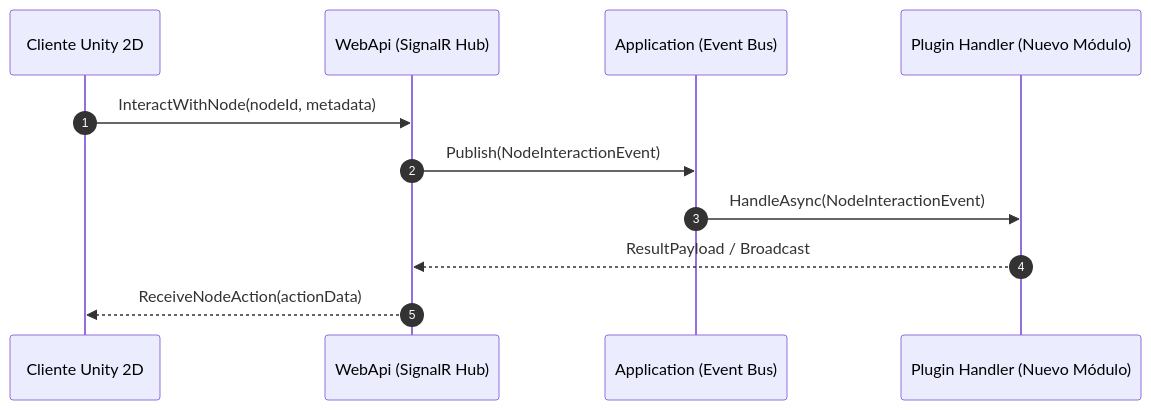
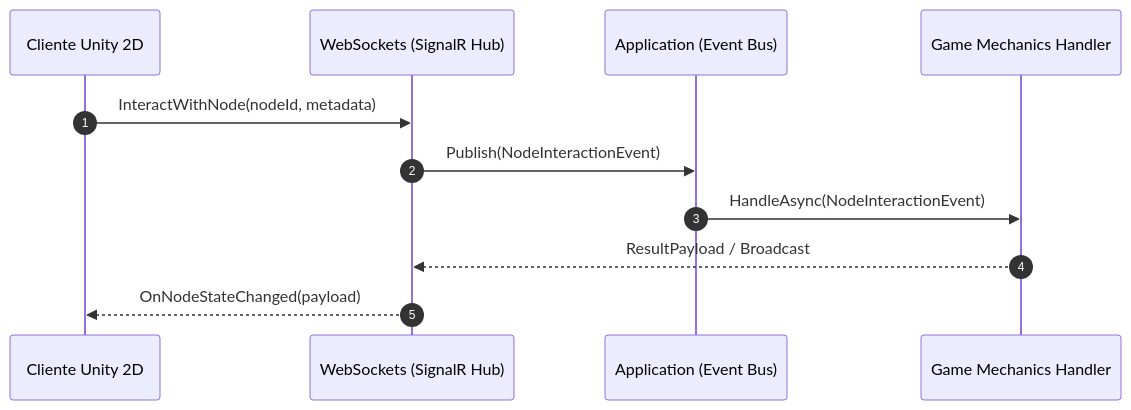
One commit to FranTdev/Unity2DBackend changed the second of 2 diagrams in README.md. Above: the diagram before and after it, drawn with Mermaid. The commit also changed other lines of this file and 2 other files, not shown here.

Commit message:
refactor: generalize template for any Unity 2D multiplayer backend project

````diff
--- a/README.md
+++ b/README.md
@@ -227,14 +200,14 @@
 ```mermaid
 sequenceDiagram
     autonumber
-    participant Client as Cliente Unity 2D
-    participant WebApi as WebApi (SignalR Hub)
+    participant UnityClient as Cliente Unity 2D
+    participant WebApi as WebSockets (SignalR Hub)
     participant App as Application (Event Bus)
-    participant Handler as Plugin Handler (Nuevo Módulo)
+    participant Plugin as Game Mechanics Handler
 
-    Client->>WebApi: InteractWithNode(nodeId, metadata)
+    UnityClient->>WebApi: InteractWithNode(nodeId, metadata)
     WebApi->>App: Publish(NodeInteractionEvent)
-    App->>Handler: HandleAsync(NodeInteractionEvent)
-    Handler-->>WebApi: ResultPayload / Broadcast
-    WebApi-->>Client: ReceiveNodeAction(actionData)
+    App->>Plugin: HandleAsync(NodeInteractionEvent)
+    Plugin-->>WebApi: ResultPayload / Broadcast
+    WebApi-->>UnityClient: OnNodeStateChanged(payload)
 ```
````
